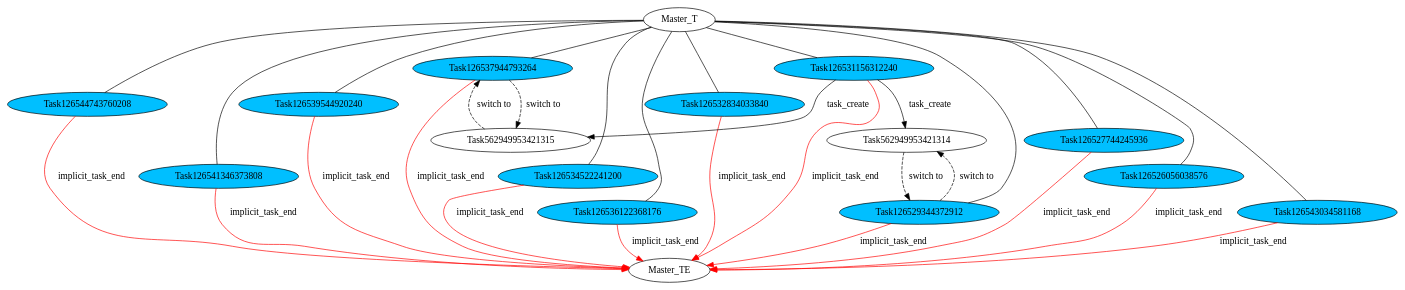
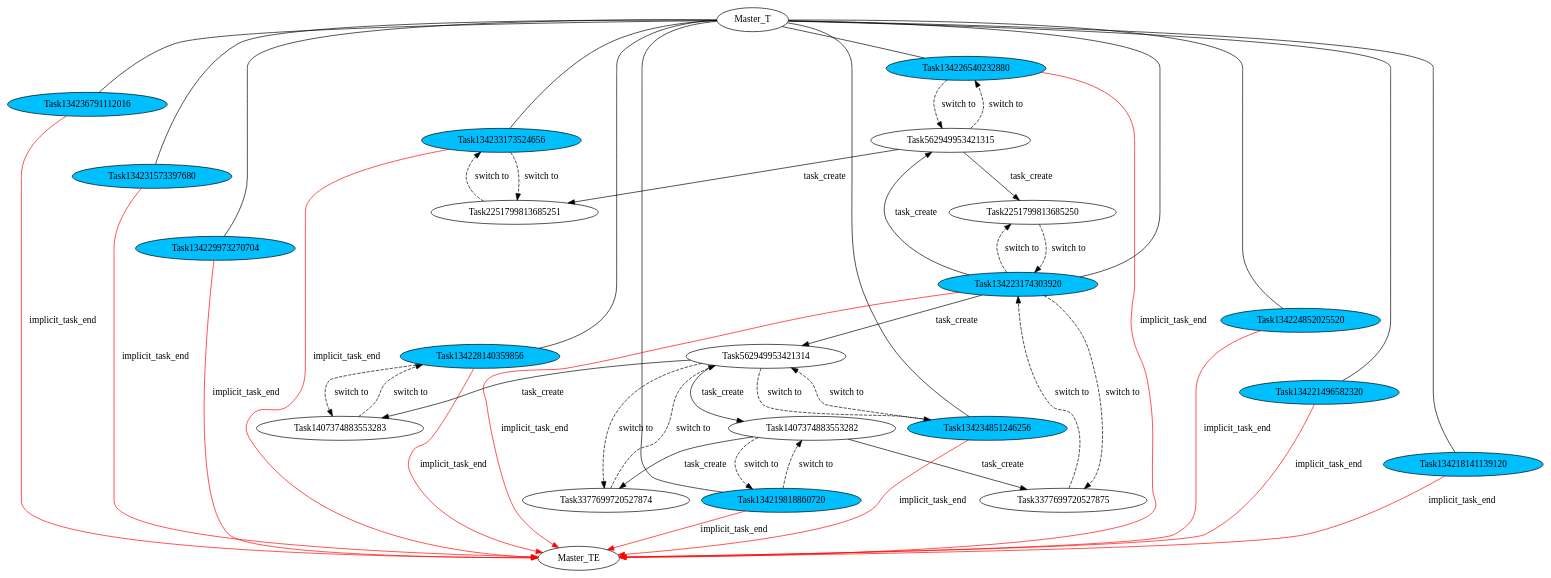
The diagram in examples/merged_taskgraph.dot (Karicho21/omptrace), drawn with Graphviz before and after one commit. The commit also changed 39 other files, not shown here.

Commit message:
added graphml

```diff
--- a/examples/merged_taskgraph.dot
+++ b/examples/merged_taskgraph.dot
@@ -1,44 +1,62 @@
 digraph taskgraph {
-Master_T -> Task126544743760208 [arrowhead=none, weight=5]
-Task126544743760208 [style="filled" fillcolor="#00BFFF"]
-Task126544743760208 -> Master_TE [label="implicit_task_end", color=red, weight=5]
-Master_T -> Task126541346373808 [arrowhead=none, weight=5]
-Task126541346373808 [style="filled" fillcolor="#00BFFF"]
-Task126541346373808 -> Master_TE [label="implicit_task_end", color=red, weight=5]
-Master_T -> Task126539544920240 [arrowhead=none, weight=5]
-Task126539544920240 [style="filled" fillcolor="#00BFFF"]
-Task126539544920240 -> Master_TE [label="implicit_task_end", color=red, weight=5]
-Master_T -> Task126537944793264 [arrowhead=none, weight=5]
-Task126537944793264 [style="filled" fillcolor="#00BFFF"]
-Task126537944793264-> Task562949953421315[weight=3, label="switch to", style=dashed]
-Task562949953421315-> Task126537944793264[weight=3, label="switch to", style=dashed]
-Task126537944793264 -> Master_TE [label="implicit_task_end", color=red, weight=5]
-Master_T -> Task126534522241200 [arrowhead=none, weight=5]
-Task126534522241200 [style="filled" fillcolor="#00BFFF"]
-Task126534522241200 -> Master_TE [label="implicit_task_end", color=red, weight=5]
-Master_T -> Task126536122368176 [arrowhead=none, weight=5]
-Task126536122368176 [style="filled" fillcolor="#00BFFF"]
-Task126536122368176 -> Master_TE [label="implicit_task_end", color=red, weight=5]
-Master_T -> Task126532834033840 [arrowhead=none, weight=5]
-Task126532834033840 [style="filled" fillcolor="#00BFFF"]
-Task126532834033840 -> Master_TE [label="implicit_task_end", color=red, weight=5]
-Master_T -> Task126531156312240 [arrowhead=none, weight=5]
-Task126531156312240 [style="filled" fillcolor="#00BFFF"]
-Task126531156312240-> Task562949953421314 [weight=3, label="task_create"]
-Task126531156312240-> Task562949953421315 [weight=3, label="task_create"]
-Task126531156312240 -> Master_TE [label="implicit_task_end", color=red, weight=5]
-Master_T -> Task126529344372912 [arrowhead=none, weight=5]
-Task126529344372912 [style="filled" fillcolor="#00BFFF"]
-Task126529344372912-> Task562949953421314[weight=3, label="switch to", style=dashed]
-Task562949953421314-> Task126529344372912[weight=3, label="switch to", style=dashed]
-Task126529344372912 -> Master_TE [label="implicit_task_end", color=red, weight=5]
-Master_T -> Task126527744245936 [arrowhead=none, weight=5]
-Task126527744245936 [style="filled" fillcolor="#00BFFF"]
-Task126527744245936 -> Master_TE [label="implicit_task_end", color=red, weight=5]
-Master_T -> Task126526056038576 [arrowhead=none, weight=5]
-Task126526056038576 [style="filled" fillcolor="#00BFFF"]
-Task126526056038576 -> Master_TE [label="implicit_task_end", color=red, weight=5]
-Master_T -> Task126543034581168 [arrowhead=none, weight=5]
-Task126543034581168 [style="filled" fillcolor="#00BFFF"]
-Task126543034581168 -> Master_TE [label="implicit_task_end", color=red, weight=5]
+Master_T -> Task134236791112016 [arrowhead=none, weight=5]
+Task134236791112016 [style="filled" fillcolor="#00BFFF"]
+Task134236791112016 -> Master_TE [label="implicit_task_end", color=red, weight=5]
+Master_T -> Task134231573397680 [arrowhead=none, weight=5]
+Task134231573397680 [style="filled" fillcolor="#00BFFF"]
+Task134231573397680 -> Master_TE [label="implicit_task_end", color=red, weight=5]
+Master_T -> Task134229973270704 [arrowhead=none, weight=5]
+Task134229973270704 [style="filled" fillcolor="#00BFFF"]
+Task134229973270704 -> Master_TE [label="implicit_task_end", color=red, weight=5]
+Master_T -> Task134233173524656 [arrowhead=none, weight=5]
+Task134233173524656 [style="filled" fillcolor="#00BFFF"]
+Task134233173524656-> Task2251799813685251[weight=3, label="switch to", style=dashed]
+Task2251799813685251-> Task134233173524656[weight=3, label="switch to", style=dashed]
+Task134233173524656 -> Master_TE [label="implicit_task_end", color=red, weight=5]
+Master_T -> Task134228140359856 [arrowhead=none, weight=5]
+Task134228140359856 [style="filled" fillcolor="#00BFFF"]
+Task134228140359856-> Task1407374883553283[weight=3, label="switch to", style=dashed]
+Task1407374883553283-> Task134228140359856[weight=3, label="switch to", style=dashed]
+Task134228140359856 -> Master_TE [label="implicit_task_end", color=red, weight=5]
+Master_T -> Task134226540232880 [arrowhead=none, weight=5]
+Task134226540232880 [style="filled" fillcolor="#00BFFF"]
+Task134226540232880-> Task562949953421315[weight=3, label="switch to", style=dashed]
+Task562949953421315-> Task2251799813685250 [weight=3, label="task_create"]
+Task562949953421315-> Task2251799813685251 [weight=3, label="task_create"]
+Task562949953421315-> Task134226540232880[weight=3, label="switch to", style=dashed]
+Task134226540232880 -> Master_TE [label="implicit_task_end", color=red, weight=5]
+Master_T -> Task134224852025520 [arrowhead=none, weight=5]
+Task134224852025520 [style="filled" fillcolor="#00BFFF"]
+Task134224852025520 -> Master_TE [label="implicit_task_end", color=red, weight=5]
+Master_T -> Task134223174303920 [arrowhead=none, weight=5]
+Task134223174303920 [style="filled" fillcolor="#00BFFF"]
+Task134223174303920-> Task562949953421314 [weight=3, label="task_create"]
+Task134223174303920-> Task562949953421315 [weight=3, label="task_create"]
+Task134223174303920-> Task2251799813685250[weight=3, label="switch to", style=dashed]
+Task2251799813685250-> Task134223174303920[weight=3, label="switch to", style=dashed]
+Task134223174303920-> Task3377699720527875[weight=3, label="switch to", style=dashed]
+Task3377699720527875-> Task134223174303920[weight=3, label="switch to", style=dashed]
+Task134223174303920 -> Master_TE [label="implicit_task_end", color=red, weight=5]
+Master_T -> Task134221496582320 [arrowhead=none, weight=5]
+Task134221496582320 [style="filled" fillcolor="#00BFFF"]
+Task134221496582320 -> Master_TE [label="implicit_task_end", color=red, weight=5]
+Master_T -> Task134219818860720 [arrowhead=none, weight=5]
+Task134219818860720 [style="filled" fillcolor="#00BFFF"]
+Task134219818860720-> Task1407374883553282[weight=3, label="switch to", style=dashed]
+Task1407374883553282-> Task3377699720527874 [weight=3, label="task_create"]
+Task1407374883553282-> Task3377699720527875 [weight=3, label="task_create"]
+Task1407374883553282-> Task134219818860720[weight=3, label="switch to", style=dashed]
+Task134219818860720 -> Master_TE [label="implicit_task_end", color=red, weight=5]
+Master_T -> Task134218141139120 [arrowhead=none, weight=5]
+Task134218141139120 [style="filled" fillcolor="#00BFFF"]
+Task134218141139120 -> Master_TE [label="implicit_task_end", color=red, weight=5]
+Master_T -> Task134234851246256 [arrowhead=none, weight=5]
+Task134234851246256 [style="filled" fillcolor="#00BFFF"]
+Task134234851246256-> Task562949953421314[weight=3, label="switch to", style=dashed]
+Task562949953421314-> Task1407374883553282 [weight=3, label="task_create"]
+Task562949953421314-> Task1407374883553283 [weight=3, label="task_create"]
+Task562949953421314-> Task3377699720527874[weight=3, label="switch to", style=dashed]
+Task3377699720527874-> Task562949953421314[weight=3, label="switch to", style=dashed]
+Task562949953421314-> Task134234851246256[weight=3, label="switch to", style=dashed]
+Task134234851246256 -> Master_TE [label="implicit_task_end", color=red, weight=5]
 }
```
